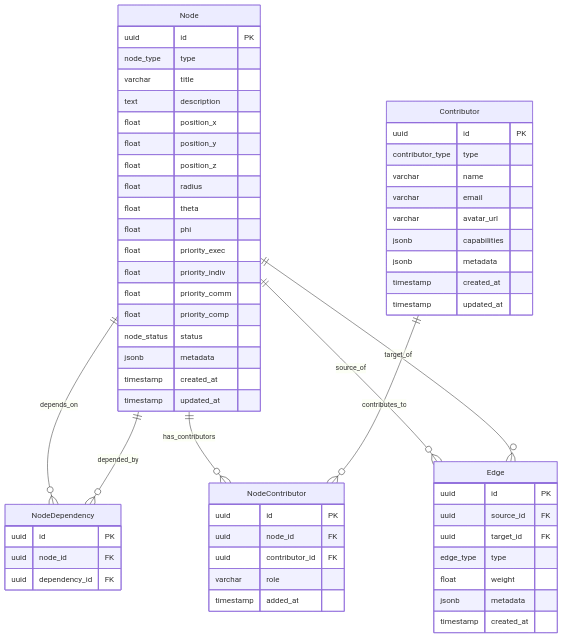
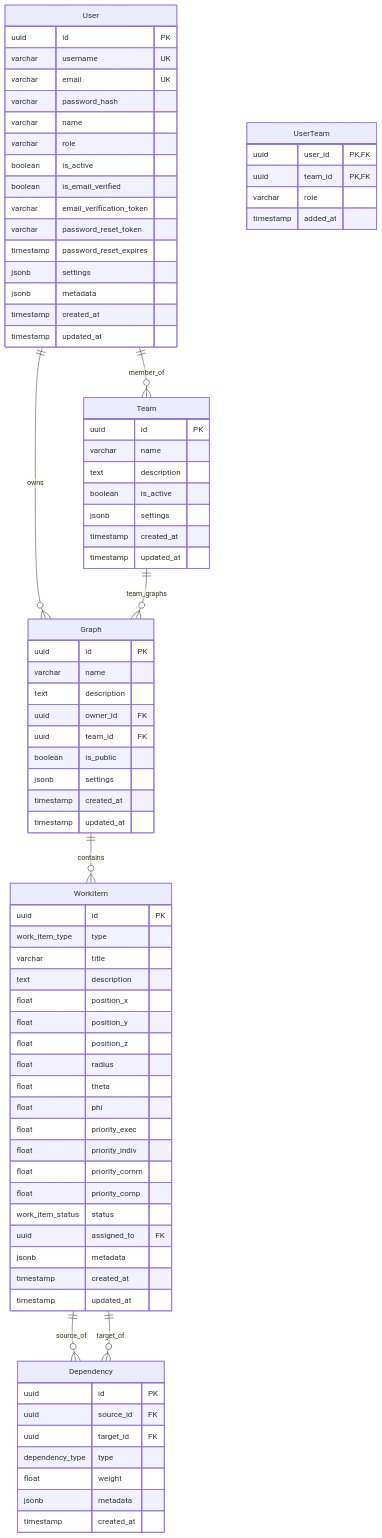
The fifth of 8 diagrams in docs/guides/architecture-overview.md (GraphDone/GraphDone-Core), drawn with Mermaid before and after one commit. The commit also changed other lines of this file and 1 other file, not shown here.

Commit message:
Update documentation for hybrid SQLite/Neo4j architecture
Major architectural change: Split authentication from graph data

SQLite Database (NEW):
- User authentication (login, passwords, JWT tokens)
- User settings and preferences
- Application configuration
- Fast, local storage with zero network latency
- Isolated user credentials for better security

Neo4j Database (UPDATED):
- Project management graph data only
- Work items, dependencies, relationships
- Graph traversal and analytics operations
- Can be offline for auth-only server mode

Benefits:
- Performance: Lightning-fast auth operations
- Reliability: Server starts without Neo4j dependency
- Security: User credentials isolated in separate database
- Scalability: Each database optimized for its use case
- Development: Easier testing with minimal dependencies

Updated security documentation to reflect new architecture:
- SQLite-specific security recommendations
- File permission requirements (600 for auth database)
- Enhanced security validation scripts
- Hybrid database considerations in TLS planning

````diff
--- a/docs/guides/architecture-overview.md
+++ b/docs/guides/architecture-overview.md
@@ -224,16 +247,45 @@
 ```mermaid
 erDiagram
-    Node ||--o{ NodeDependency : "depends_on"
-    Node ||--o{ NodeDependency : "depended_by"
-    Node ||--o{ NodeContributor : "has_contributors"
-    Node ||--o{ Edge : "source_of"
-    Node ||--o{ Edge : "target_of"
+    %% SQLite Schema - Authentication & User Data
+    User {
+        uuid id PK
+        varchar username UK
+        varchar email UK  
+        varchar password_hash
+        varchar name
+        varchar role
+        boolean is_active
+        boolean is_email_verified
+        varchar email_verification_token
+        varchar password_reset_token
+        timestamp password_reset_expires
+        jsonb settings
+        jsonb metadata
+        timestamp created_at
+        timestamp updated_at
+    }
     
-    Contributor ||--o{ NodeContributor : "contributes_to"
+    Team {
+        uuid id PK
+        varchar name
+        text description
+        boolean is_active
+        jsonb settings
+        timestamp created_at
+        timestamp updated_at
+    }
     
-    Node {
+    UserTeam {
+        uuid user_id PK,FK
+        uuid team_id PK,FK
+        varchar role
+        timestamp added_at
+    }
+    
+    %% Neo4j Schema - Graph Data
+    WorkItem {
         uuid id PK
-        node_type type
+        work_item_type type
         varchar title
         text description
         float position_x
@@ -246,45 +298,40 @@
         float priority_indiv
         float priority_comm
         float priority_comp
-        node_status status
+        work_item_status status
+        uuid assigned_to FK
         jsonb metadata
         timestamp created_at
         timestamp updated_at
     }
     
-    Edge {
+    Dependency {
         uuid id PK
         uuid source_id FK
         uuid target_id FK
-        edge_type type
+        dependency_type type
         float weight
         jsonb metadata
         timestamp created_at
     }
     
-    NodeDependency {
+    Graph {
         uuid id PK
-        uuid node_id FK
-        uuid dependency_id FK
-    }
-    
-    NodeContributor {
-        uuid id PK
-        uuid node_id FK
-        uuid contributor_id FK
-        varchar role
-        timestamp added_at
-    }
-    
-    Contributor {
-        uuid id PK
-        contributor_type type
         varchar name
-        varchar email
-        varchar avatar_url
-        jsonb capabilities
-        jsonb metadata
+        text description
+        uuid owner_id FK
+        uuid team_id FK
+        boolean is_public
+        jsonb settings
         timestamp created_at
         timestamp updated_at
     }
+    
+    %% Relationships
+    User ||--o{ Team : "member_of"
+    User ||--o{ Graph : "owns"
+    Team ||--o{ Graph : "team_graphs"
+    WorkItem ||--o{ Dependency : "source_of"
+    WorkItem ||--o{ Dependency : "target_of"
+    Graph ||--o{ WorkItem : "contains"
 ```
````
